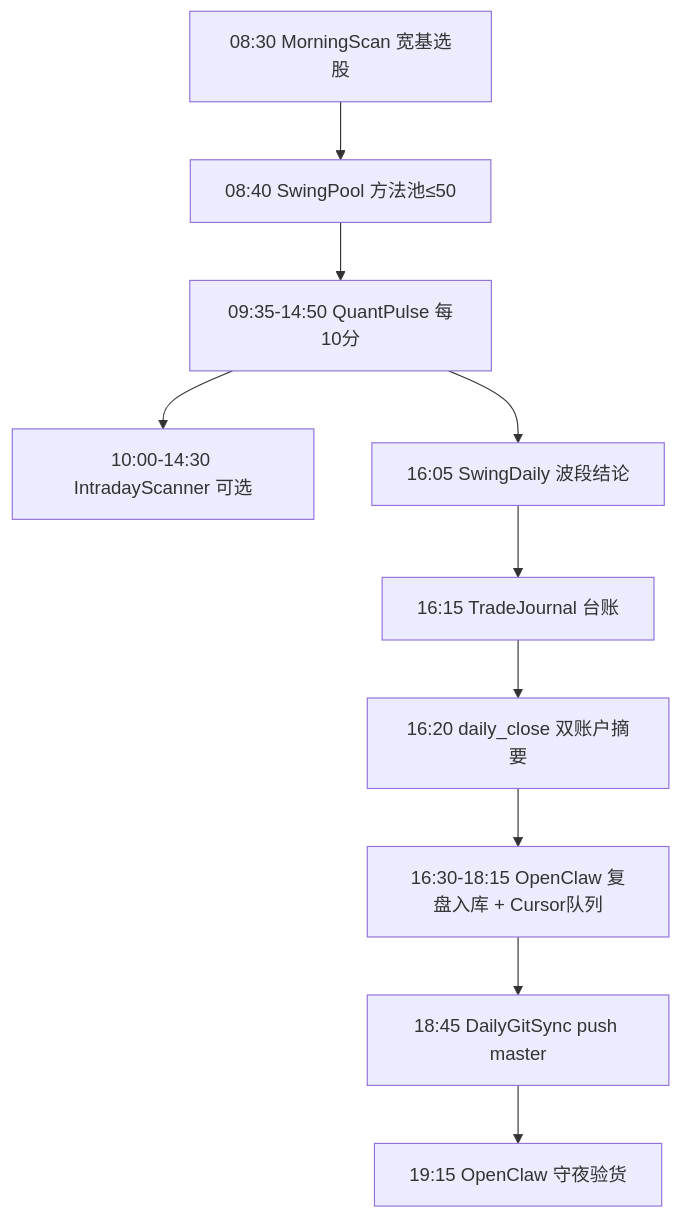
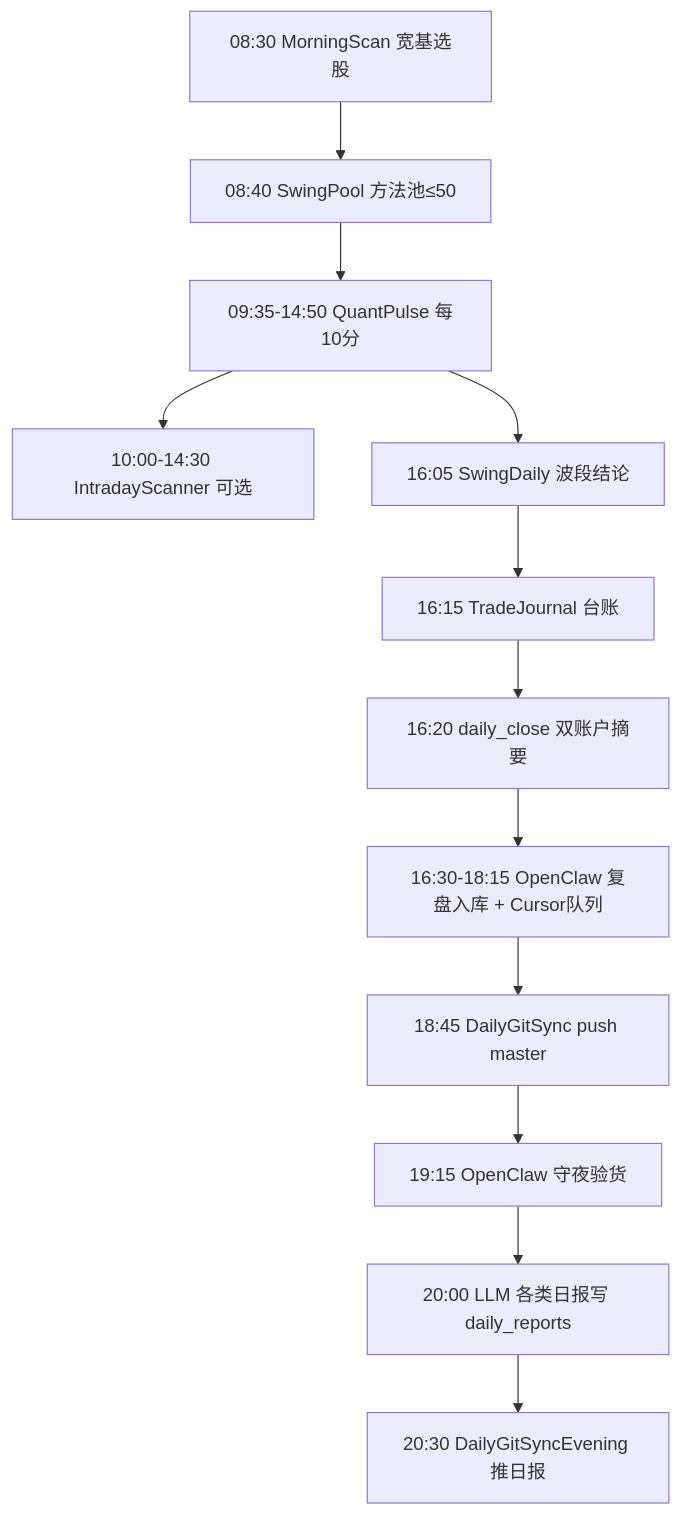
Before and after one commit to shaohjz/quant-learn: the diagram in docs/CRON_JOBS.md, drawn with Mermaid. The commit also changed other lines of this file and 4 other files, not shown here.

First line of the commit message:
feat(ops): 20:30 Evening sync 承接 20:00 LLM 各类日报进 Git

````diff
--- a/docs/CRON_JOBS.md
+++ b/docs/CRON_JOBS.md
@@ -23,12 +23,14 @@
 ```mermaid
 flowchart TD
   A["08:30 MorningScan 宽基选股"] --> A2["08:40 SwingPool 方法池≤50"]
   A2 --> B["09:35-14:50 QuantPulse 每10分"]
   B --> C["10:00-14:30 IntradayScanner 可选"]
   B --> D["16:05 SwingDaily 波段结论"]
   D --> E["16:15 TradeJournal 台账"]
   E --> F["16:20 daily_close 双账户摘要"]
   F --> G["16:30-18:15 OpenClaw 复盘入库 + Cursor队列"]
   G --> H["18:45 DailyGitSync push master"]
   H --> I["19:15 OpenClaw 守夜验货"]
+  I --> J["20:00 LLM 各类日报写 daily_reports"]
+  J --> K["20:30 DailyGitSyncEvening 推日报"]
 ```
````
